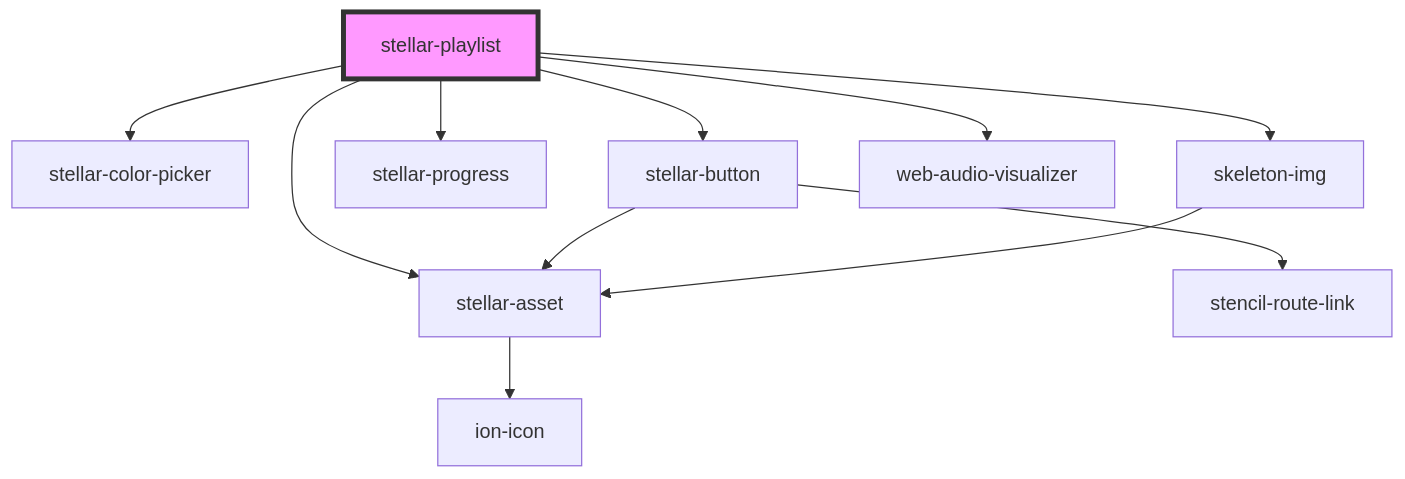
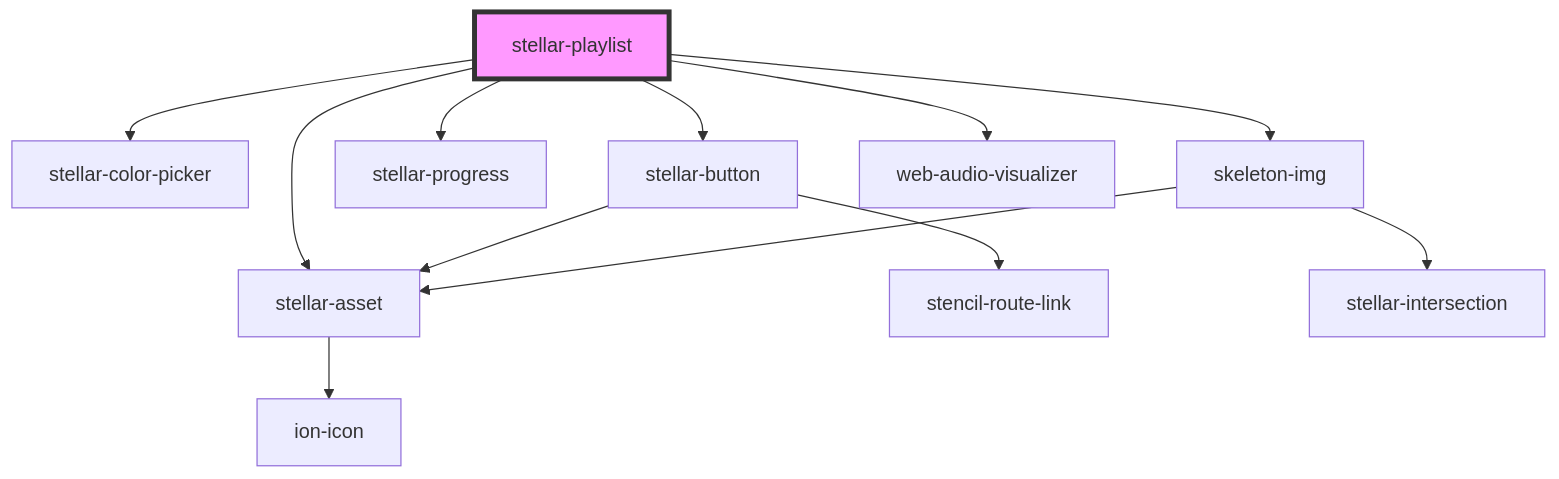
The diagram in src/components/media/playlist/readme.md (splitinfinities/Stellar), drawn with Mermaid before and after one commit. The commit also changed 30 other files, not shown here.

Commit message:
feature: adds stellar-intersection, refactors all intersection observers to use stellar-intersection. Adds stellar-long-shadow, and refactors stellar-reveal and adds stellar-reveal-list

````diff
--- a/src/components/media/playlist/readme.md
+++ b/src/components/media/playlist/readme.md
@@ -97,14 +97,15 @@
 ```mermaid
 graph TD;
   stellar-playlist --> stellar-asset
   stellar-playlist --> stellar-color-picker
   stellar-playlist --> stellar-button
   stellar-playlist --> stellar-progress
   stellar-playlist --> skeleton-img
   stellar-playlist --> web-audio-visualizer
   stellar-asset --> ion-icon
   stellar-button --> stellar-asset
   stellar-button --> stencil-route-link
   skeleton-img --> stellar-asset
+  skeleton-img --> stellar-intersection
   style stellar-playlist fill:#f9f,stroke:#333,stroke-width:4px
 ```
````
